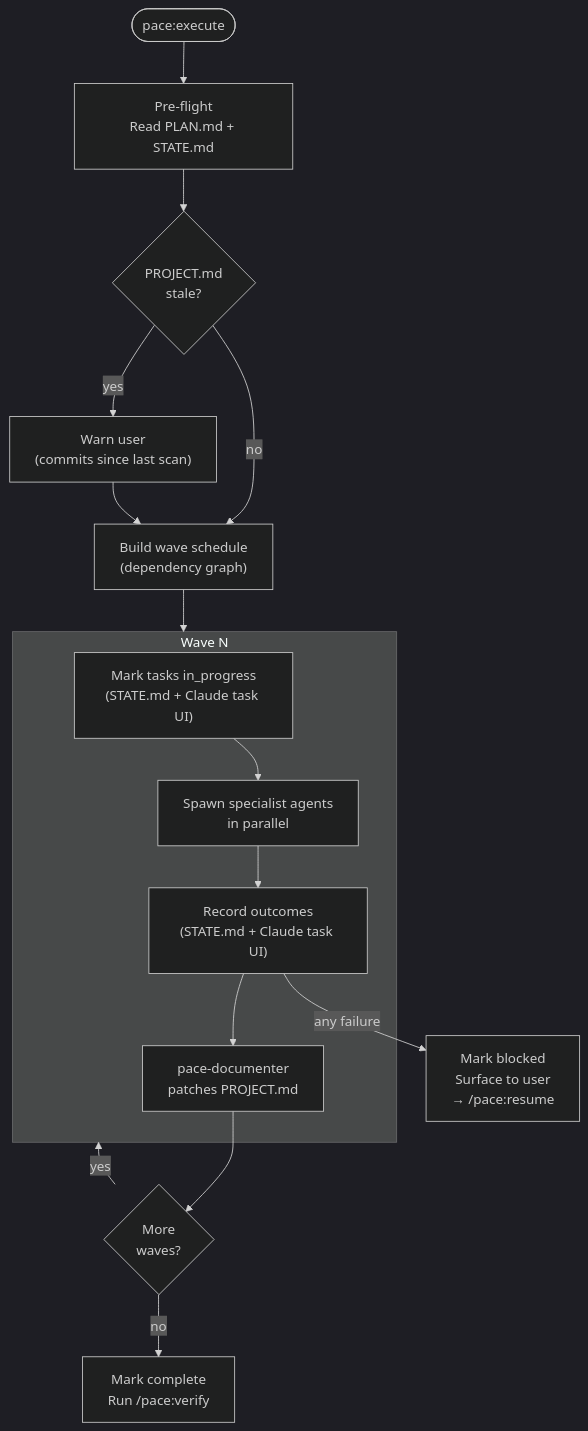
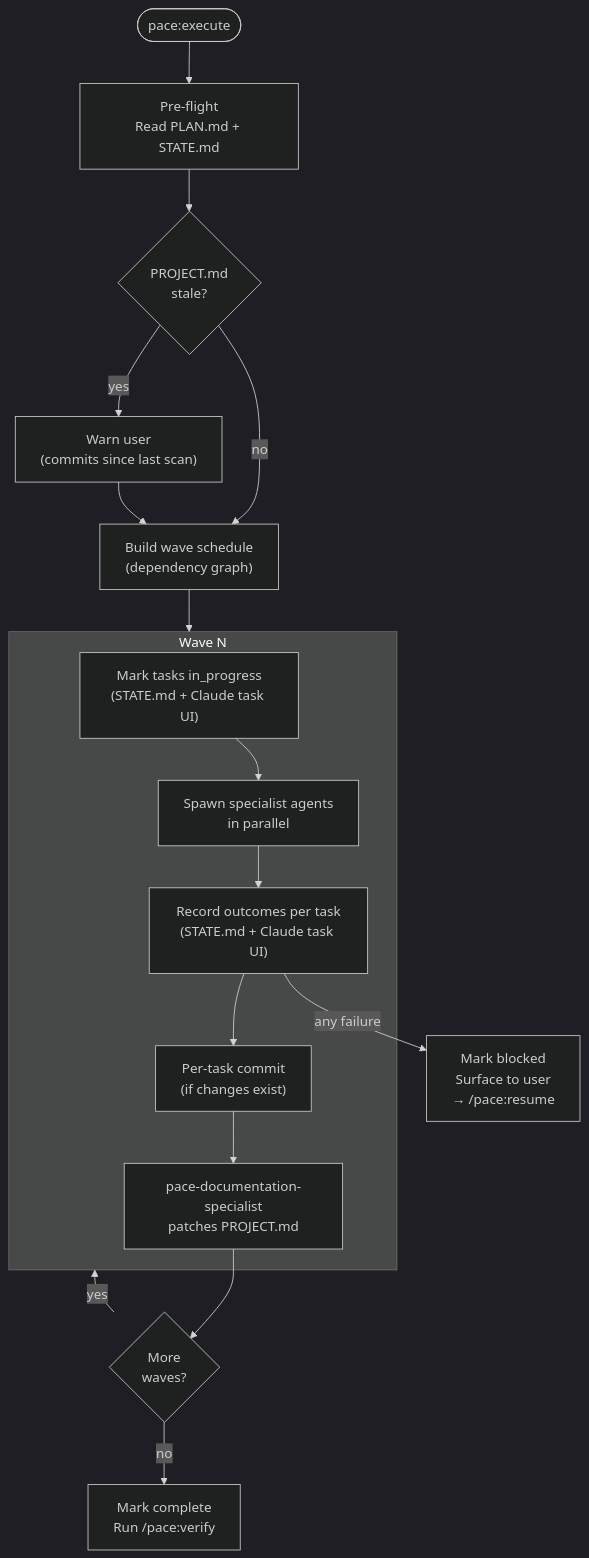
One commit to jwprichard/pace changed the third of 6 diagrams in docs/architecture.md. Above: the diagram before and after it, drawn with Mermaid (dark theme). The commit also changed other lines of this file, not shown here.

Commit message:
Update docs/architecture.md to fix agent names and add missing command flows

````diff
--- a/docs/architecture.md
+++ b/docs/architecture.md
@@ -62,25 +71,26 @@
 ```mermaid
 flowchart TD
     start(["pace:execute"]) --> preflight["Pre-flight\nRead PLAN.md + STATE.md"]
     preflight --> stale{"PROJECT.md\nstale?"}
     stale -->|yes| warn["Warn user\n(commits since last scan)"]
     stale -->|no| waves
     warn --> waves
 
     waves["Build wave schedule\n(dependency graph)"]
     waves --> wave1
 
     subgraph wave1["Wave N"]
         mark["Mark tasks in_progress\n(STATE.md + Claude task UI)"]
         spawn["Spawn specialist agents\nin parallel"]
         mark --> spawn
-        spawn --> outcomes["Record outcomes\n(STATE.md + Claude task UI)"]
-        outcomes --> doc["pace-documenter\npatches PROJECT.md"]
+        spawn --> outcomes["Record outcomes per task\n(STATE.md + Claude task UI)"]
+        outcomes --> commit["Per-task commit\n(if changes exist)"]
+        commit --> doc["pace-documentation-specialist\npatches PROJECT.md"]
     end
 
     doc --> more{"More\nwaves?"}
     more -->|yes| wave1
     more -->|no| done["Mark complete\nRun /pace:verify"]
 
     outcomes -->|any failure| blocked["Mark blocked\nSurface to user\n→ /pace:resume"]
 ```
````
